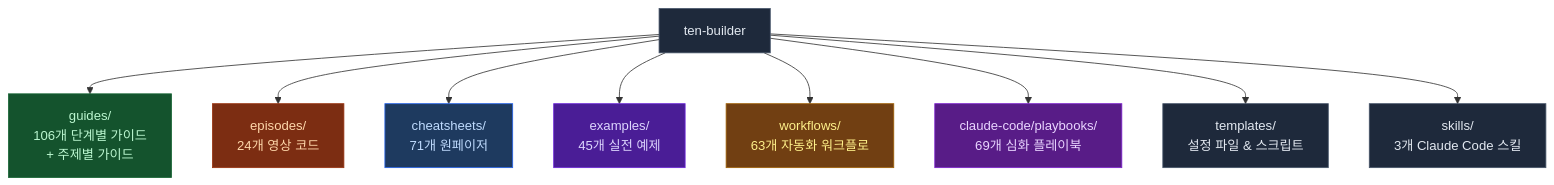
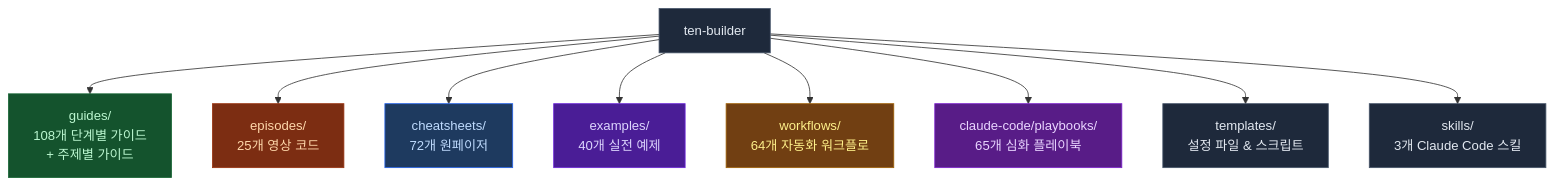
Before and after one commit to ten-builder/ten-builder: the first of 2 diagrams in README.md, drawn with Mermaid. The commit also changed other lines of this file, not shown here.

Commit message:
docs: README sync — guides 108, EP25, cheatsheets 72, workflows 64, playbooks 65

````diff
--- a/README.md
+++ b/README.md
@@ -23,21 +23,21 @@
 ```mermaid
 flowchart TD
-    R["ten-builder"] --> G["guides/\n106개 단계별 가이드\n+ 주제별 가이드"]
-    R --> E["episodes/\n24개 영상 코드"]
-    R --> C["cheatsheets/\n71개 원페이저"]
-    R --> EX["examples/\n45개 실전 예제"]
-    R --> W["workflows/\n63개 자동화 워크플로"]
-    R --> P["claude-code/playbooks/\n69개 심화 플레이북"]
+    R["ten-builder"] --> G["guides/\n108개 단계별 가이드\n+ 주제별 가이드"]
+    R --> E["episodes/\n25개 영상 코드"]
+    R --> C["cheatsheets/\n72개 원페이저"]
+    R --> EX["examples/\n40개 실전 예제"]
+    R --> W["workflows/\n64개 자동화 워크플로"]
+    R --> P["claude-code/playbooks/\n65개 심화 플레이북"]
     R --> T["templates/\n설정 파일 & 스크립트"]
     R --> S["skills/\n3개 Claude Code 스킬"]
 
     style R fill:#1e293b,stroke:#475569,color:#e2e8f0
     style G fill:#14532d,stroke:#166534,color:#bbf7d0
     style E fill:#7c2d12,stroke:#9a3412,color:#fed7aa
     style C fill:#1e3a5f,stroke:#2563eb,color:#bfdbfe
     style EX fill:#4a1d96,stroke:#6d28d9,color:#ddd6fe
     style W fill:#713f12,stroke:#a16207,color:#fef08a
     style P fill:#581c87,stroke:#7e22ce,color:#e9d5ff
     style T fill:#1e293b,stroke:#475569,color:#e2e8f0
     style S fill:#1e293b,stroke:#475569,color:#e2e8f0
 ```
````
